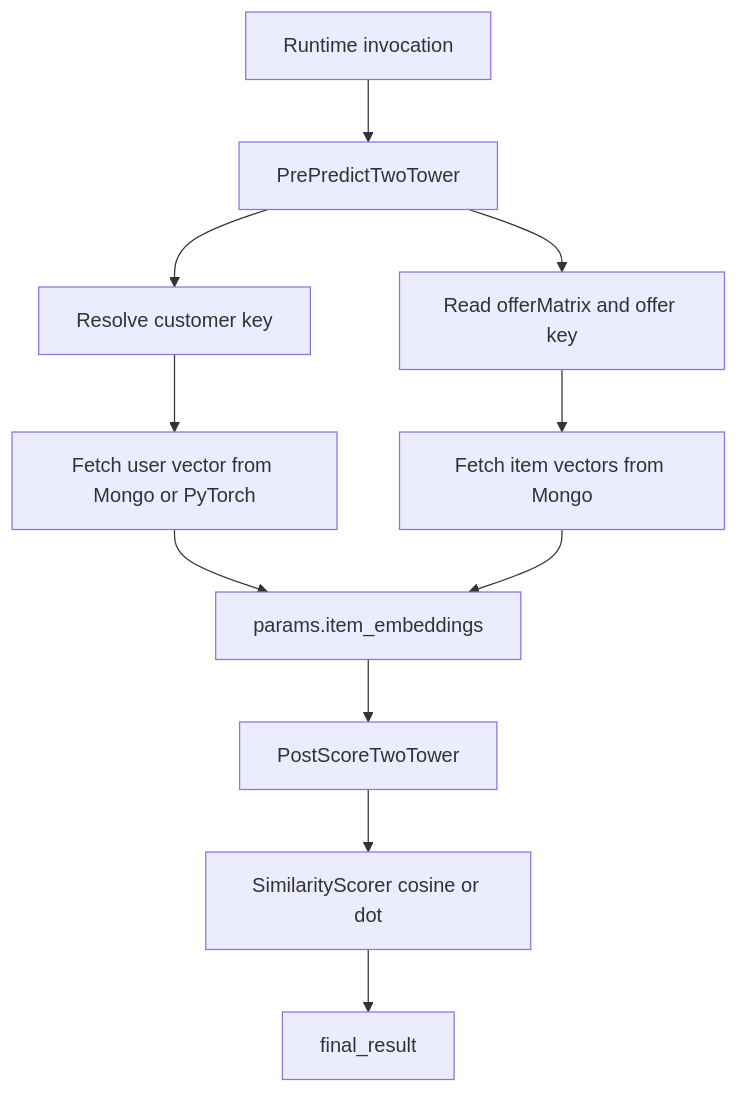
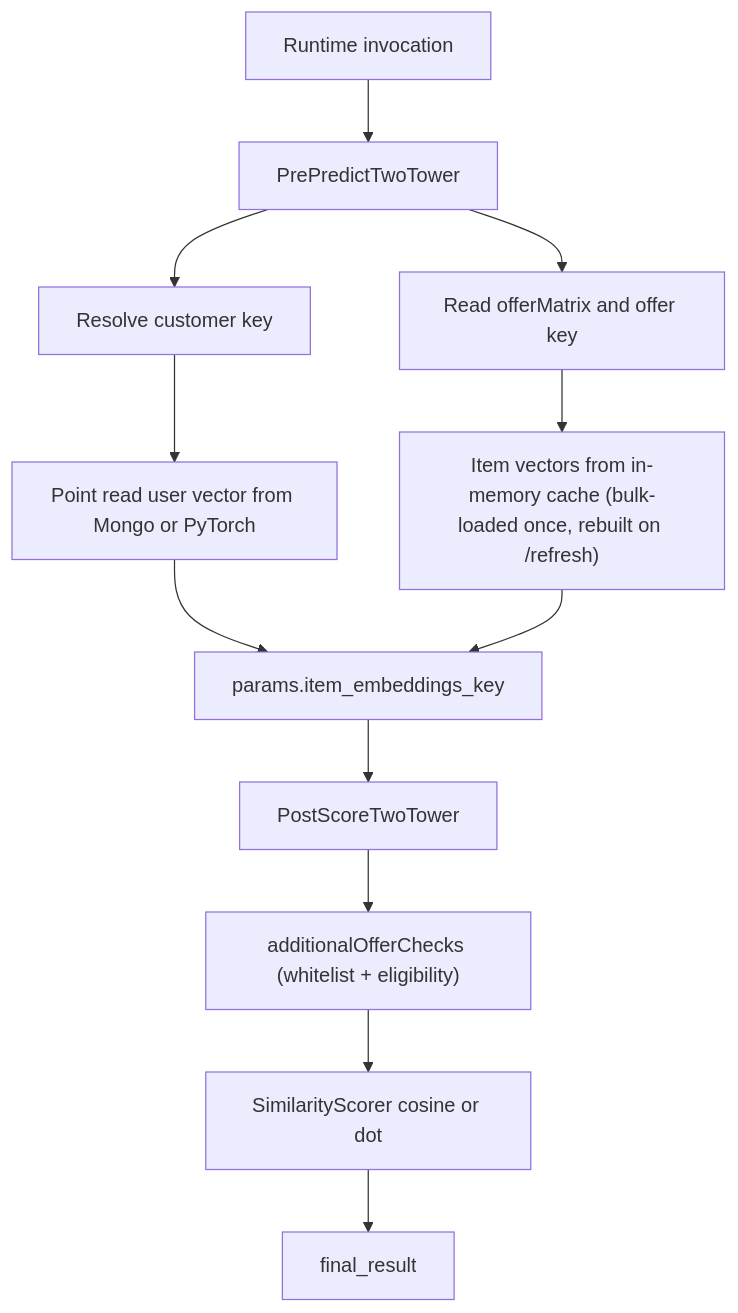
Before and after one commit to ecogenetic/ecosystem.ai: the second of 2 diagrams in content/docs/modules/two_tower/runtime.mdx, drawn with Mermaid. The commit also changed other lines of this file and 4 other files, not shown here.

````diff
--- a/content/docs/modules/two_tower/runtime.mdx
+++ b/content/docs/modules/two_tower/runtime.mdx
@@ -158,13 +230,14 @@
 ```mermaid
 flowchart TD
   Request["Runtime invocation"] --> Pre["PrePredictTwoTower"]
   Pre --> Customer["Resolve customer key"]
   Pre --> Offers["Read offerMatrix and offer key"]
-  Customer --> UserVec["Fetch user vector from Mongo or PyTorch"]
-  Offers --> ItemVecs["Fetch item vectors from Mongo"]
+  Customer --> UserVec["Point read user vector from Mongo or PyTorch"]
+  Offers --> ItemVecs["Item vectors from in-memory cache (bulk-loaded once, rebuilt on /refresh)"]
   UserVec --> Params["params.user_embedding"]
-  ItemVecs --> Params["params.item_embeddings"]
+  ItemVecs --> Params["params.item_embeddings_key"]
   Params --> Post["PostScoreTwoTower"]
-  Post --> Similarity["SimilarityScorer cosine or dot"]
+  Post --> Checks["additionalOfferChecks (whitelist + eligibility)"]
+  Checks --> Similarity["SimilarityScorer cosine or dot"]
   Similarity --> Result["final_result"]
 ```
````
